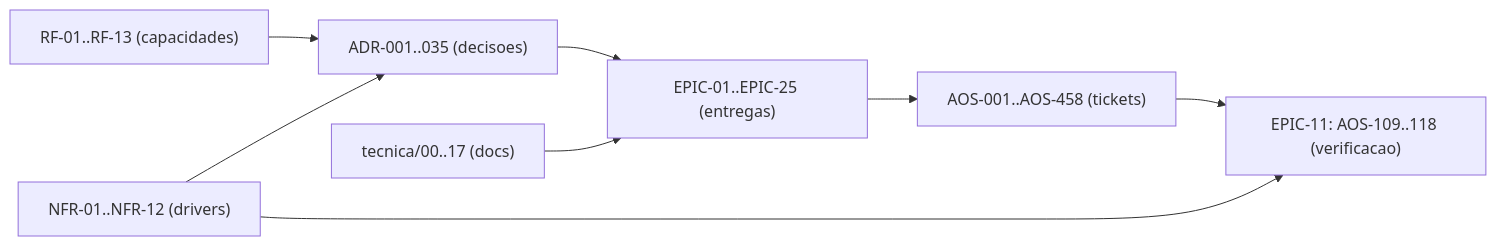
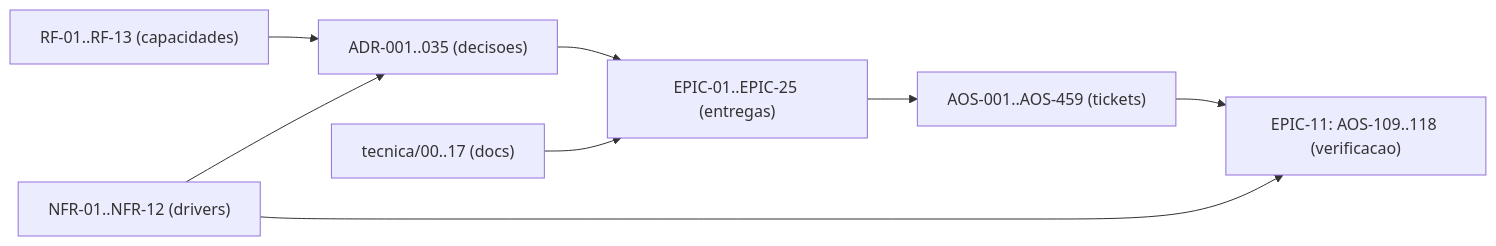
Before and after one commit to albinoJimy/aos: the diagram in tecnica/16_Rastreabilidade_RTM.md, drawn with Mermaid. The commit also changed other lines of this file and 8 other files, not shown here.

````diff
--- a/tecnica/16_Rastreabilidade_RTM.md
+++ b/tecnica/16_Rastreabilidade_RTM.md
@@ -200,10 +200,10 @@
 ```mermaid
 flowchart LR
     RF["RF-01..RF-13 (capacidades)"] --> ADR["ADR-001..035 (decisoes)"]
     NFR["NFR-01..NFR-12 (drivers)"] --> ADR
     ADR --> EPIC["EPIC-01..EPIC-25 (entregas)"]
-    EPIC --> TICK["AOS-001..AOS-458 (tickets)"]
+    EPIC --> TICK["AOS-001..AOS-459 (tickets)"]
     DOC["tecnica/00..17 (docs)"] --> EPIC
     TICK --> TEST["EPIC-11: AOS-109..118 (verificacao)"]
     NFR --> TEST
 ```
````
